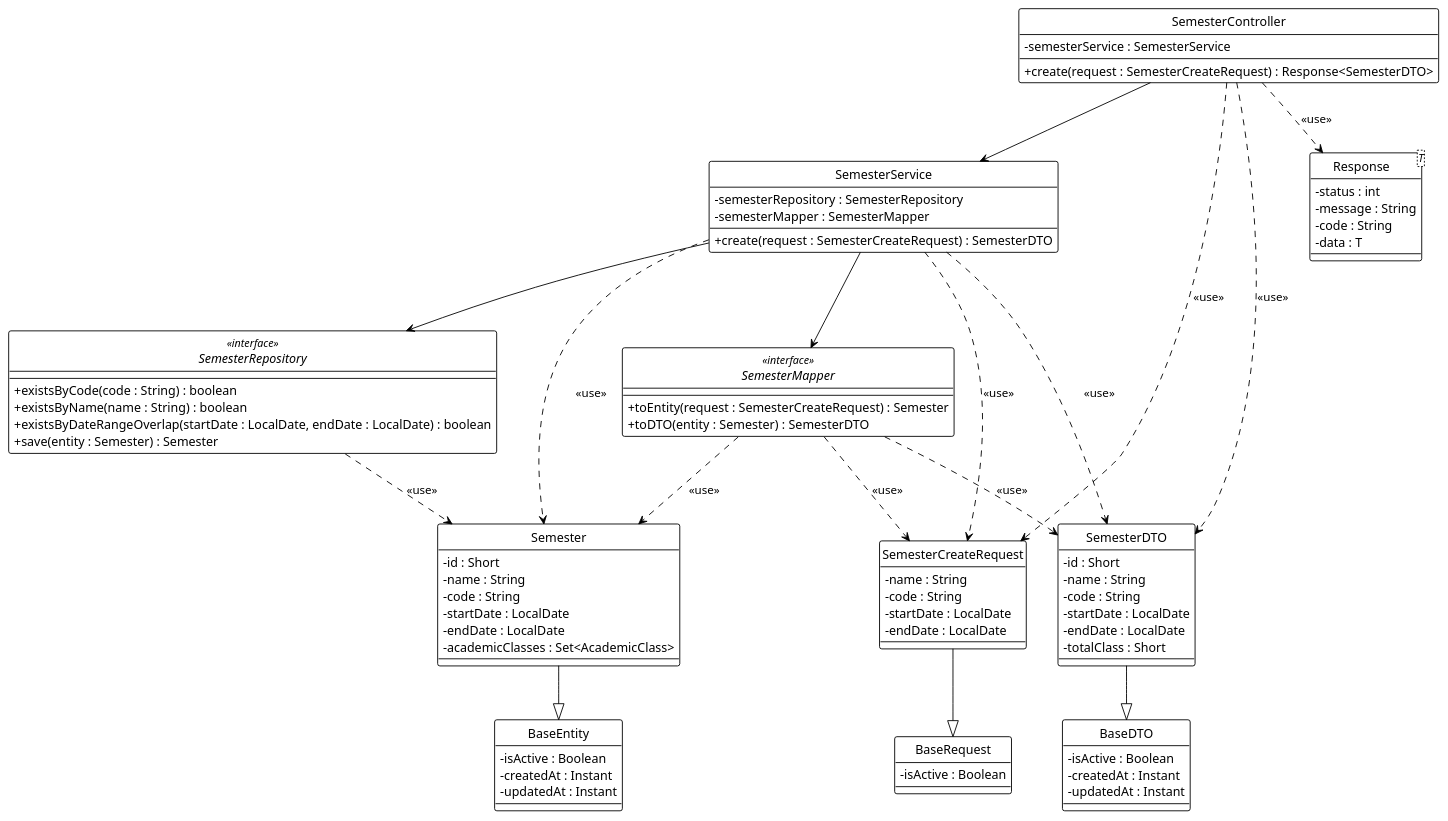
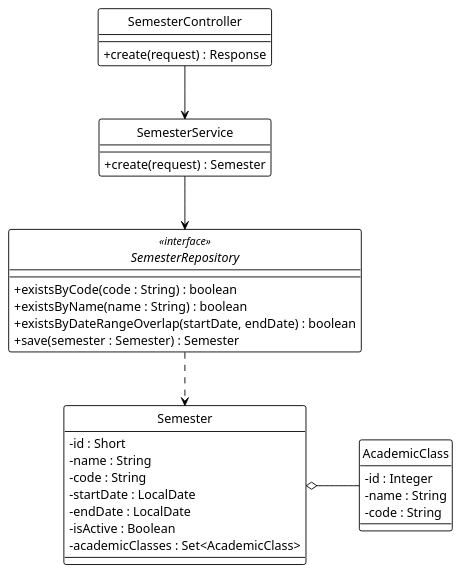
One commit to Ndh474/context changed the diagram in system_detailed_design/08_create_semester/class_diagram_create_semester.puml. Above: the diagram before and after it, drawn with PlantUML. The commit also changed 13 other files, not shown here.

```diff
--- a/system_detailed_design/08_create_semester/class_diagram_create_semester.puml
+++ b/system_detailed_design/08_create_semester/class_diagram_create_semester.puml
@@ -1,97 +1,56 @@
-@startuml Create Semester - Class Diagram
+@startuml create_semester
 !theme plain
+hide circle
 skinparam classAttributeIconSize 0
-hide circle
-skinparam circledCharacterRadius 0
 
+' --- CẤU HÌNH "ORTHO" (BẮT BUỘC) ---
+skinparam linetype ortho
+skinparam nodesep 60
+skinparam ranksep 60
+
+' --- CONTROLLER ---
 class SemesterController {
-  - semesterService : SemesterService
-  + create(request : SemesterCreateRequest) : Response<SemesterDTO>
+  + create(request) : Response
 }
 
+' --- SERVICE ---
 class SemesterService {
-  - semesterRepository : SemesterRepository
-  - semesterMapper : SemesterMapper
-  + create(request : SemesterCreateRequest) : SemesterDTO
+  + create(request) : Semester
 }
 
+' --- REPOSITORY ---
 interface SemesterRepository <<interface>> {
   + existsByCode(code : String) : boolean
   + existsByName(name : String) : boolean
-  + existsByDateRangeOverlap(startDate : LocalDate, endDate : LocalDate) : boolean
-  + save(entity : Semester) : Semester
+  + existsByDateRangeOverlap(startDate, endDate) : boolean
+  + save(semester : Semester) : Semester
 }
 
-interface SemesterMapper <<interface>> {
-  + toEntity(request : SemesterCreateRequest) : Semester
-  + toDTO(entity : Semester) : SemesterDTO
-}
-
+' --- ENTITIES ---
 class Semester {
   - id : Short
   - name : String
   - code : String
   - startDate : LocalDate
   - endDate : LocalDate
+  - isActive : Boolean
   - academicClasses : Set<AcademicClass>
 }
 
-class BaseEntity {
-  - isActive : Boolean
-  - createdAt : Instant
-  - updatedAt : Instant
+class AcademicClass {
+  - id : Integer
+  - name : String
+  - code : String
 }
 
-class SemesterCreateRequest {
-  - name : String
-  - code : String
-  - startDate : LocalDate
-  - endDate : LocalDate
-}
+' --- DEPENDENCY INJECTION (Association) ---
+SemesterController -down-> SemesterService
+SemesterService -down-> SemesterRepository
 
-class BaseRequest {
-  - isActive : Boolean
-}
+' --- REPOSITORY USAGE (Dependency) ---
+SemesterRepository .down.> Semester
 
-class SemesterDTO {
-  - id : Short
-  - name : String
-  - code : String
-  - startDate : LocalDate
-  - endDate : LocalDate
-  - totalClass : Short
-}
-
-class BaseDTO {
-  - isActive : Boolean
-  - createdAt : Instant
-  - updatedAt : Instant
-}
-
-class Response<T> {
-  - status : int
-  - message : String
-  - code : String
-  - data : T
-}
-
-SemesterController --> SemesterService
-SemesterService --> SemesterRepository
-SemesterService --> SemesterMapper
-
-SemesterController ..> Response : <<use>>
-SemesterController ..> SemesterDTO : <<use>>
-SemesterController ..> SemesterCreateRequest : <<use>>
-SemesterService ..> Semester : <<use>>
-SemesterService ..> SemesterDTO : <<use>>
-SemesterService ..> SemesterCreateRequest : <<use>>
-SemesterRepository ..> Semester : <<use>>
-SemesterMapper ..> Semester : <<use>>
-SemesterMapper ..> SemesterDTO : <<use>>
-SemesterMapper ..> SemesterCreateRequest : <<use>>
-
-Semester --|> BaseEntity
-SemesterCreateRequest --|> BaseRequest
-SemesterDTO --|> BaseDTO
+' --- ENTITY RELATIONSHIPS (Aggregation) ---
+Semester o-right- AcademicClass
 
 @enduml
```
